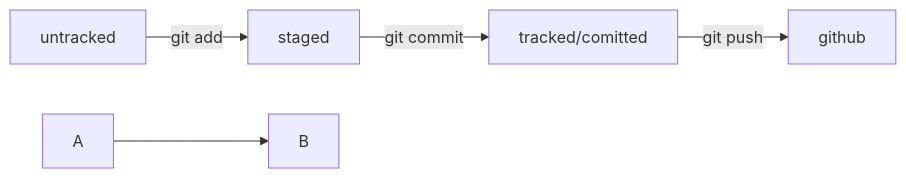
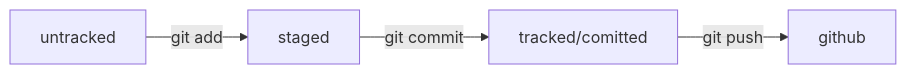
Before and after one commit to oiboiiii/shpargalka: the diagram in README.md, drawn with Mermaid.

Commit message:
написать про жизненный цикл файла мермэйд схема

````diff
--- a/README.md
+++ b/README.md
@@ -77,8 +77,7 @@
 ```mermaid
 graph LR;
   untracked -- "git add" --> staged;
   staged    -- "git commit"     --> tracked/comitted;
   tracked/comitted -- "git push" --> github;
-%% стрелка без текста для примера: 
-  A --> B;
+
 ```
````
